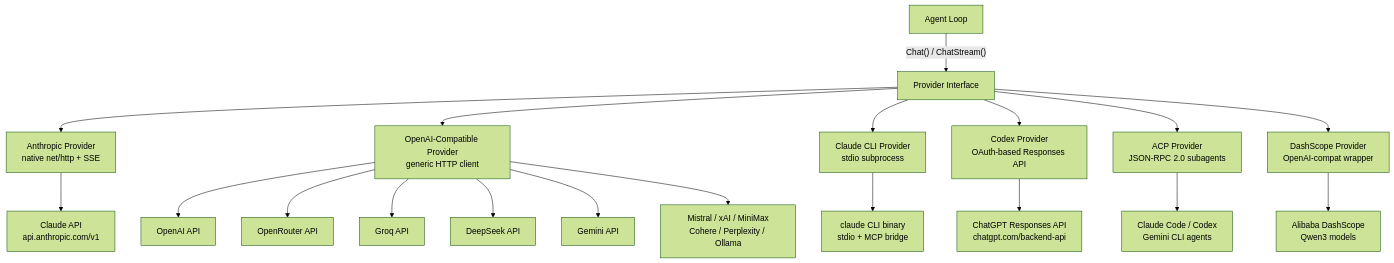
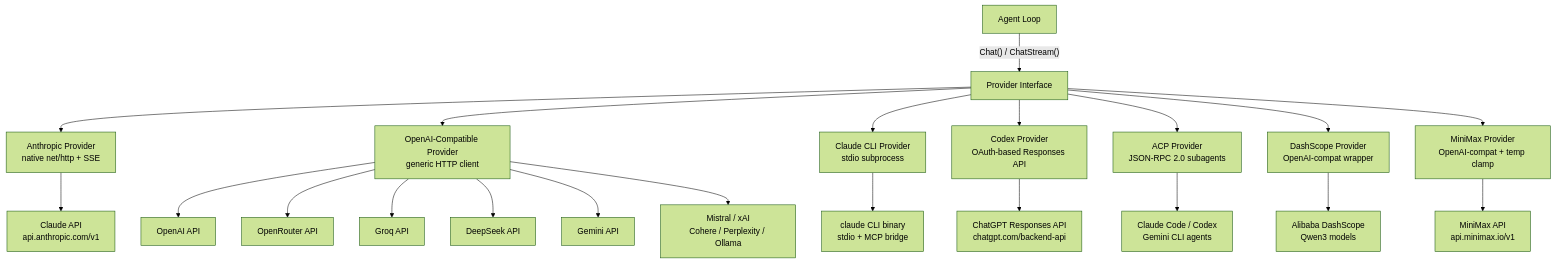
Before and after one commit to nextlevelbuilder/goclaw: the first of 9 diagrams in docs/02-providers.md, drawn with Mermaid (forest theme). The commit also changed other lines of this file and 6 other files, not shown here.

First line of the commit message:
feat(providers): upgrade MiniMax to dedicated provider with M2.7 default

````diff
--- a/docs/02-providers.md
+++ b/docs/02-providers.md
@@ -11,23 +11,25 @@
 ```mermaid
 flowchart TD
     AL["Agent Loop"] -->|"Chat() / ChatStream()"| PI["Provider Interface"]
 
     PI --> ANTH["Anthropic Provider<br/>native net/http + SSE"]
     PI --> OAI["OpenAI-Compatible Provider<br/>generic HTTP client"]
     PI --> CLAUDE["Claude CLI Provider<br/>stdio subprocess"]
     PI --> CODEX["Codex Provider<br/>OAuth-based Responses API"]
     PI --> ACP["ACP Provider<br/>JSON-RPC 2.0 subagents"]
     PI --> DASH["DashScope Provider<br/>OpenAI-compat wrapper"]
 
     ANTH --> ANTHROPIC["Claude API<br/>api.anthropic.com/v1"]
     OAI --> OPENAI["OpenAI API"]
     OAI --> OR["OpenRouter API"]
     OAI --> GROQ["Groq API"]
     OAI --> DS["DeepSeek API"]
     OAI --> GEM["Gemini API"]
-    OAI --> OTHER["Mistral / xAI / MiniMax<br/>Cohere / Perplexity / Ollama"]
+    OAI --> OTHER["Mistral / xAI<br/>Cohere / Perplexity / Ollama"]
+    PI --> MINIMAX["MiniMax Provider<br/>OpenAI-compat + temp clamp"]
+    MINIMAX --> MMAX["MiniMax API<br/>api.minimax.io/v1"]
     CLAUDE --> CLI["claude CLI binary<br/>stdio + MCP bridge"]
     CODEX --> CODEX_API["ChatGPT Responses API<br/>chatgpt.com/backend-api"]
     ACP --> AGENTS["Claude Code / Codex<br/>Gemini CLI agents"]
     DASH --> QWEN["Alibaba DashScope<br/>Qwen3 models"]
 ```
````
